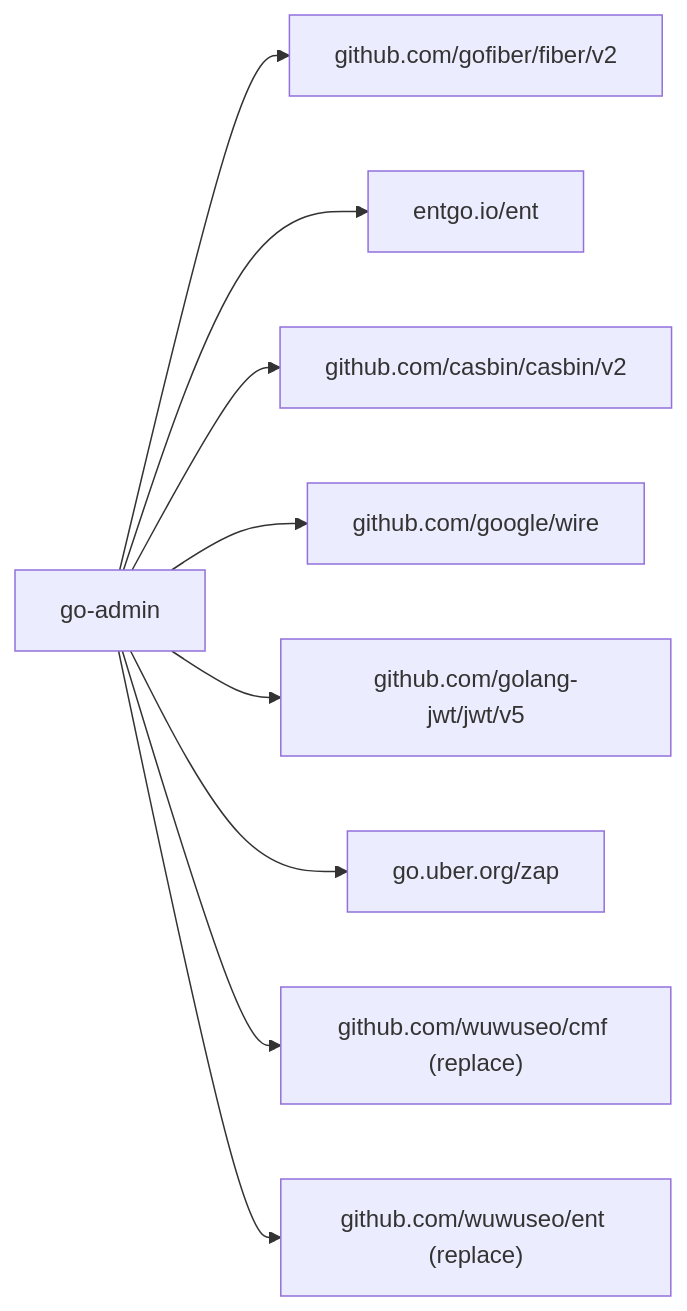
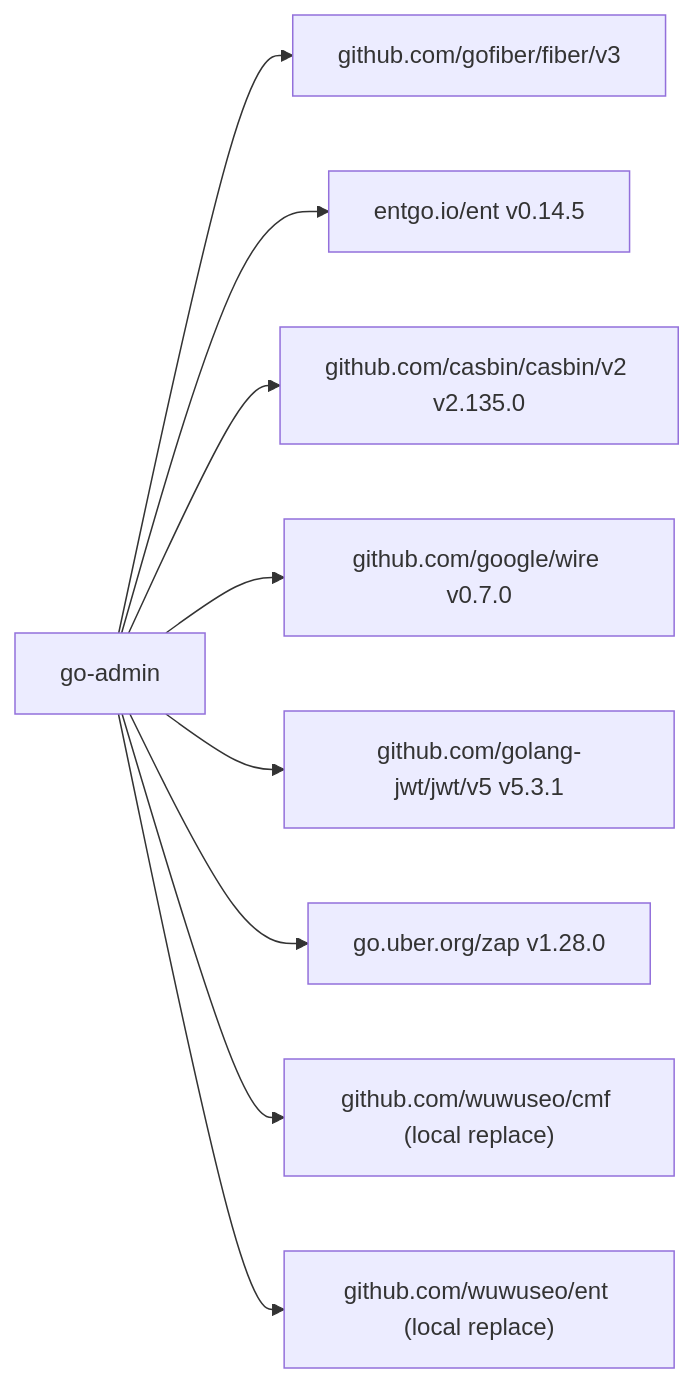
Before and after one commit to wuwuseo/e-sports-go-admin: the seventh of 7 diagrams in .qoder/repowiki/zh/content/开发指南/代码规范与最佳实践.md, drawn with Mermaid. The commit also changed other lines of this file and 42 other files, not shown here.

````diff
--- a/.qoder/repowiki/zh/content/开发指南/代码规范与最佳实践.md
+++ b/.qoder/repowiki/zh/content/开发指南/代码规范与最佳实践.md
@@ -293,11 +311,11 @@
 ```mermaid
 graph LR
-GOA["go-admin"] --> F["github.com/gofiber/fiber/v2"]
-GOA --> ENT["entgo.io/ent"]
-GOA --> CASBIN["github.com/casbin/casbin/v2"]
-GOA --> WIRE["github.com/google/wire"]
-GOA --> JWT["github.com/golang-jwt/jwt/v5"]
-GOA --> ZAP["go.uber.org/zap"]
-GOA --> CMF["github.com/wuwuseo/cmf (replace)"]
-GOA --> ENTLOCAL["github.com/wuwuseo/ent (replace)"]
+GOA["go-admin"] --> F["github.com/gofiber/fiber/v3"]
+GOA --> ENT["entgo.io/ent v0.14.5"]
+GOA --> CASBIN["github.com/casbin/casbin/v2 v2.135.0"]
+GOA --> WIRE["github.com/google/wire v0.7.0"]
+GOA --> JWT["github.com/golang-jwt/jwt/v5 v5.3.1"]
+GOA --> ZAP["go.uber.org/zap v1.28.0"]
+GOA --> CMF["github.com/wuwuseo/cmf (local replace)"]
+GOA --> ENTLOCAL["github.com/wuwuseo/ent (local replace)"]
 ```
````
